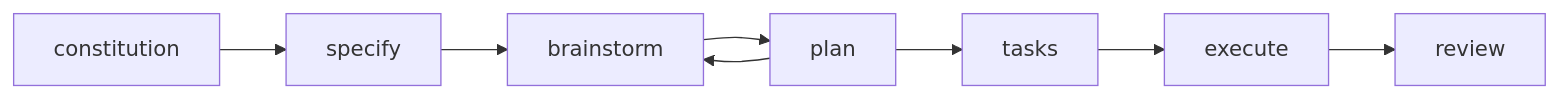
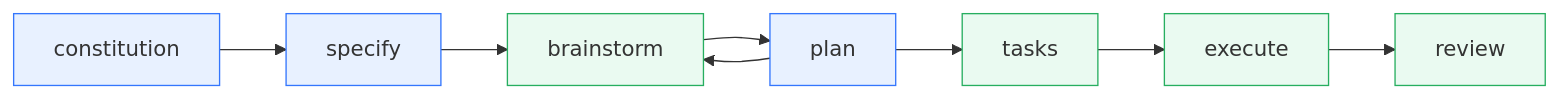
One commit to jspao/docs changed the second of 2 diagrams in docs/tools/superspec.md. Above: the diagram before and after it, drawn with Mermaid. The commit also changed other lines of this file, not shown here.

Commit message:
docs: 补充 Spec Kit / Superpowers / superspec 说明与流程图

````diff
--- a/docs/tools/superspec.md
+++ b/docs/tools/superspec.md
@@ -65,10 +135,15 @@
 ```mermaid
 flowchart LR
   A[constitution] --> B[specify]
   B --> C[brainstorm]
   C --> D[plan]
   D --> C
   D --> E[tasks]
   E --> F[execute]
   F --> G[review]
+
+  classDef kit fill:#e8f1ff,stroke:#3476fd
+  classDef bridge fill:#eafaf1,stroke:#27ae60
+  class A,B,D kit
+  class C,E,F,G bridge
 ```
````
